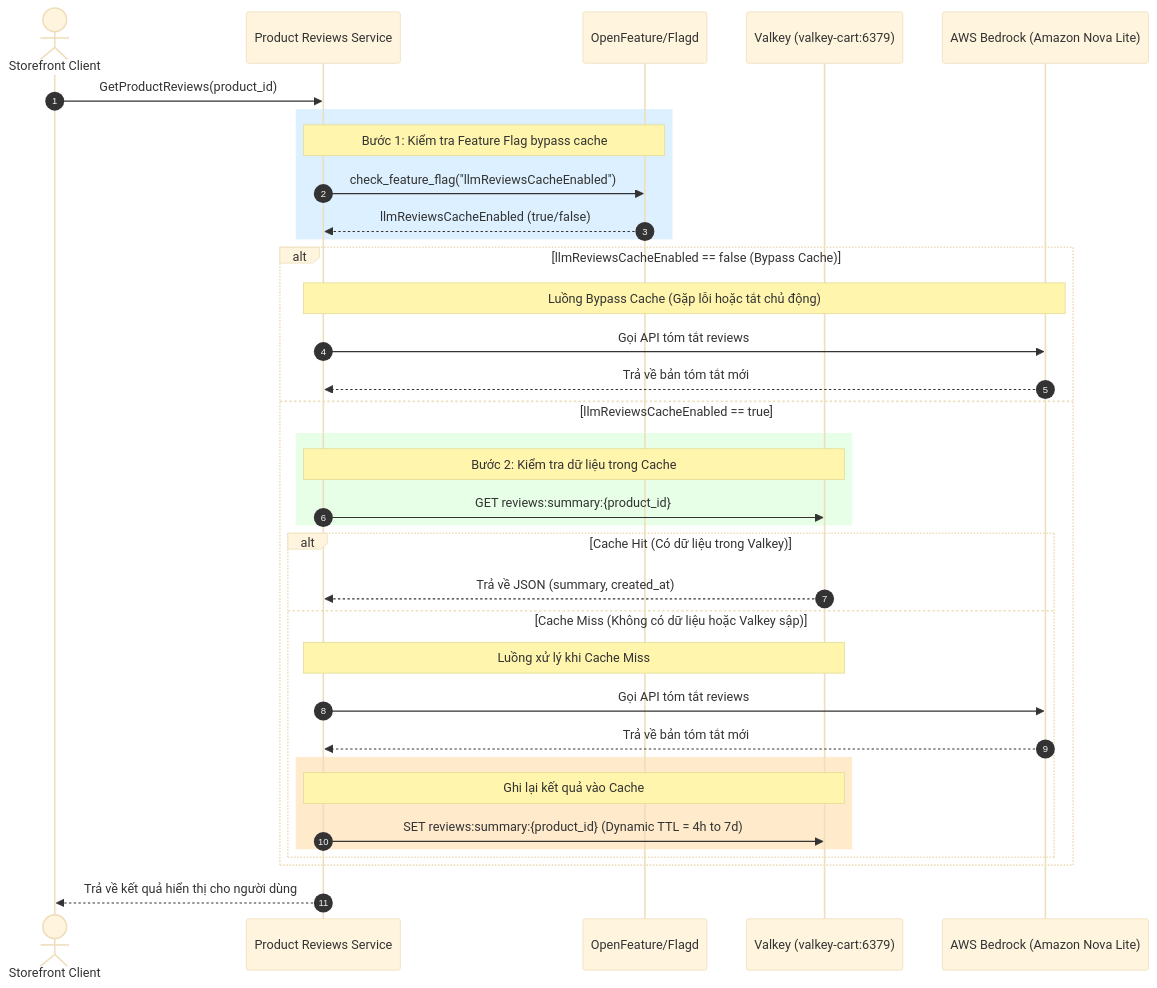
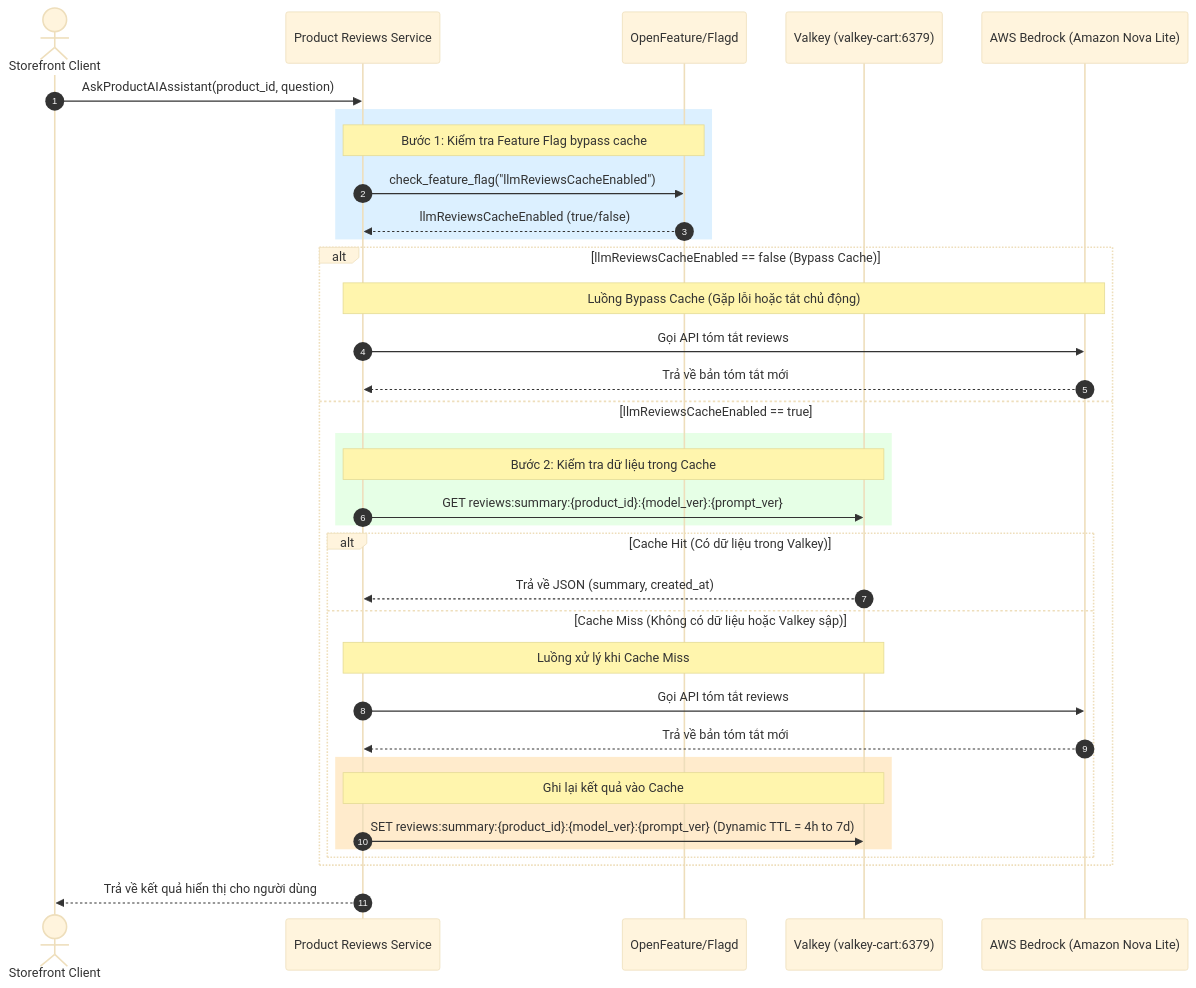
Before and after one commit to nguyenductien-qnm/capstone-phase-3: the diagram in docs/ai/specs/valkey_caching.md, drawn with Mermaid (base theme). The commit also changed other lines of this file and 31 other files, not shown here.

````diff
--- a/docs/ai/specs/valkey_caching.md
+++ b/docs/ai/specs/valkey_caching.md
@@ -5,43 +5,43 @@
 ```mermaid
 sequenceDiagram
     autonumber
     actor Client as Storefront Client
     participant Reviews as Product Reviews Service
     participant Flagd as OpenFeature/Flagd
     participant Valkey as Valkey (valkey-cart:6379)
     participant Bedrock as AWS Bedrock (Amazon Nova Lite)
 
-    Client->>Reviews: GetProductReviews(product_id)
+    Client->>Reviews: AskProductAIAssistant(product_id, question)
     
     rect rgb(220, 240, 255)
         note over Reviews, Flagd: Bước 1: Kiểm tra Feature Flag bypass cache
         Reviews->>Flagd: check_feature_flag("llmReviewsCacheEnabled")
         Flagd-->>Reviews: llmReviewsCacheEnabled (true/false)
     end
 
     alt llmReviewsCacheEnabled == false (Bypass Cache)
         note over Reviews, Bedrock: Luồng Bypass Cache (Gặp lỗi hoặc tắt chủ động)
         Reviews->>Bedrock: Gọi API tóm tắt reviews
         Bedrock-->>Reviews: Trả về bản tóm tắt mới
     else llmReviewsCacheEnabled == true
         rect rgb(230, 255, 230)
             note over Reviews, Valkey: Bước 2: Kiểm tra dữ liệu trong Cache
-            Reviews->>Valkey: GET reviews:summary:{product_id}
+            Reviews->>Valkey: GET reviews:summary:{product_id}:{model_ver}:{prompt_ver}
         end
         
         alt Cache Hit (Có dữ liệu trong Valkey)
             Valkey-->>Reviews: Trả về JSON (summary, created_at)
         else Cache Miss (Không có dữ liệu hoặc Valkey sập)
             note over Reviews, Valkey: Luồng xử lý khi Cache Miss
             Reviews->>Bedrock: Gọi API tóm tắt reviews
             Bedrock-->>Reviews: Trả về bản tóm tắt mới
             
             rect rgb(255, 235, 204)
                 note over Reviews, Valkey: Ghi lại kết quả vào Cache
-                Reviews->>Valkey: SET reviews:summary:{product_id} (Dynamic TTL = 4h to 7d)
+                Reviews->>Valkey: SET reviews:summary:{product_id}:{model_ver}:{prompt_ver} (Dynamic TTL = 4h to 7d)
             end
         end
     end
     
     Reviews-->>Client: Trả về kết quả hiển thị cho người dùng
 ```
````
